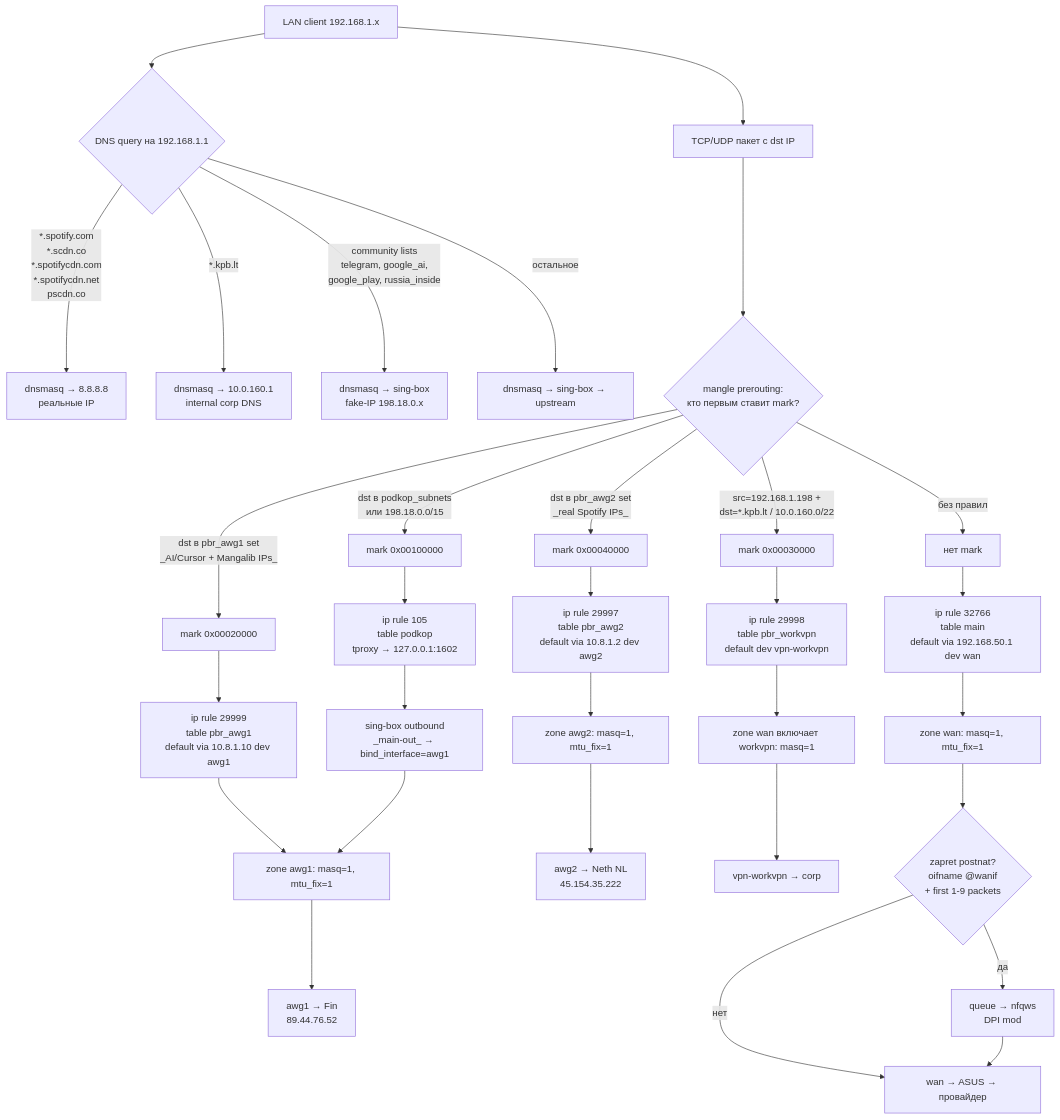
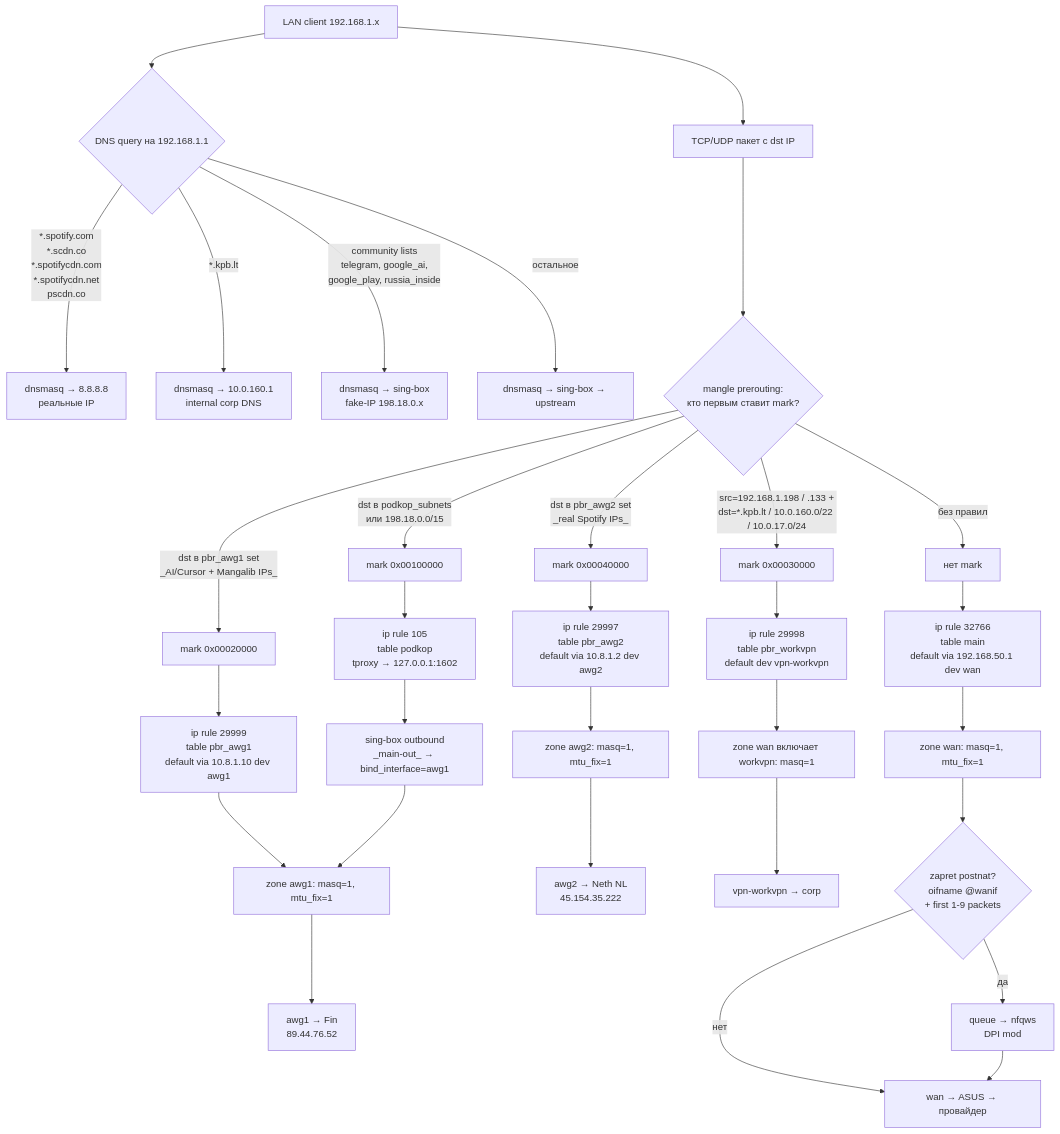
The diagram in router-openwrt-x3000t.md (PUndef/home-server), drawn with Mermaid before and after one commit. The commit also changed other lines of this file and 6 other files, not shown here.

````diff
--- a/router-openwrt-x3000t.md
+++ b/router-openwrt-x3000t.md
@@ -66,41 +66,41 @@
 ```mermaid
 graph TD
   L[LAN client 192.168.1.x]
 
   L --> DNS{DNS query на 192.168.1.1}
   DNS -->|*.spotify.com\n*.scdn.co\n*.spotifycdn.com\n*.spotifycdn.net\npscdn.co| DNS_DIR[dnsmasq → 8.8.8.8\nреальные IP]
   DNS -->|*.kpb.lt| DNS_WORK[dnsmasq → 10.0.160.1\ninternal corp DNS]
   DNS -->|community lists\ntelegram, google_ai,\ngoogle_play, russia_inside| DNS_PD[dnsmasq → sing-box\nfake-IP 198.18.0.x]
   DNS -->|остальное| DNS_FW[dnsmasq → sing-box → upstream]
 
   L --> PKT[TCP/UDP пакет с dst IP]
 
   PKT --> MARK{mangle prerouting:\nкто первым ставит mark?}
 
   MARK -->|dst в pbr_awg2 set\n_real Spotify IPs_| MK_AWG2[mark 0x00040000]
   MARK -->|dst в pbr_awg1 set\n_AI/Cursor + Mangalib IPs_| MK_AWG1[mark 0x00020000]
-  MARK -->|src=192.168.1.198 +\ndst=*.kpb.lt / 10.0.160.0/22| MK_WORK[mark 0x00030000]
+  MARK -->|src=192.168.1.198 / .133 +\ndst=*.kpb.lt / 10.0.160.0/22 / 10.0.17.0/24| MK_WORK[mark 0x00030000]
   MARK -->|dst в podkop_subnets\nили 198.18.0.0/15| MK_PD[mark 0x00100000]
   MARK -->|без правил| MK_NONE[нет mark]
 
   MK_AWG2 --> R_AWG2[ip rule 29997\ntable pbr_awg2\ndefault via 10.8.1.2 dev awg2]
   MK_AWG1 --> R_AWG1[ip rule 29999\ntable pbr_awg1\ndefault via 10.8.1.10 dev awg1]
   MK_WORK --> R_WORK[ip rule 29998\ntable pbr_workvpn\ndefault dev vpn-workvpn]
   MK_PD --> R_PD[ip rule 105\ntable podkop\ntproxy → 127.0.0.1:1602]
   MK_NONE --> R_MAIN[ip rule 32766\ntable main\ndefault via 192.168.50.1 dev wan]
 
   R_AWG2 --> NAT_AWG2[zone awg2: masq=1, mtu_fix=1]
   R_AWG1 --> NAT_AWG1[zone awg1: masq=1, mtu_fix=1]
   R_WORK --> NAT_WORK[zone wan включает workvpn: masq=1]
   R_PD --> SB[sing-box outbound\n_main-out_ → bind_interface=awg1]
   SB --> NAT_AWG1
   R_MAIN --> NAT_WAN[zone wan: masq=1, mtu_fix=1]
 
   NAT_AWG2 --> OUT_AWG2[awg2 → Neth NL\n45.154.35.222]
   NAT_AWG1 --> OUT_AWG1[awg1 → Fin\n89.44.76.52]
   NAT_WORK --> OUT_WORK[vpn-workvpn → corp]
   NAT_WAN --> ZAP{zapret postnat?\noifname @wanif\n+ first 1-9 packets}
   ZAP -->|да| ZQ[queue → nfqws\nDPI mod]
   ZAP -->|нет| OUT_WAN[wan → ASUS → провайдер]
   ZQ --> OUT_WAN
 ```
````
